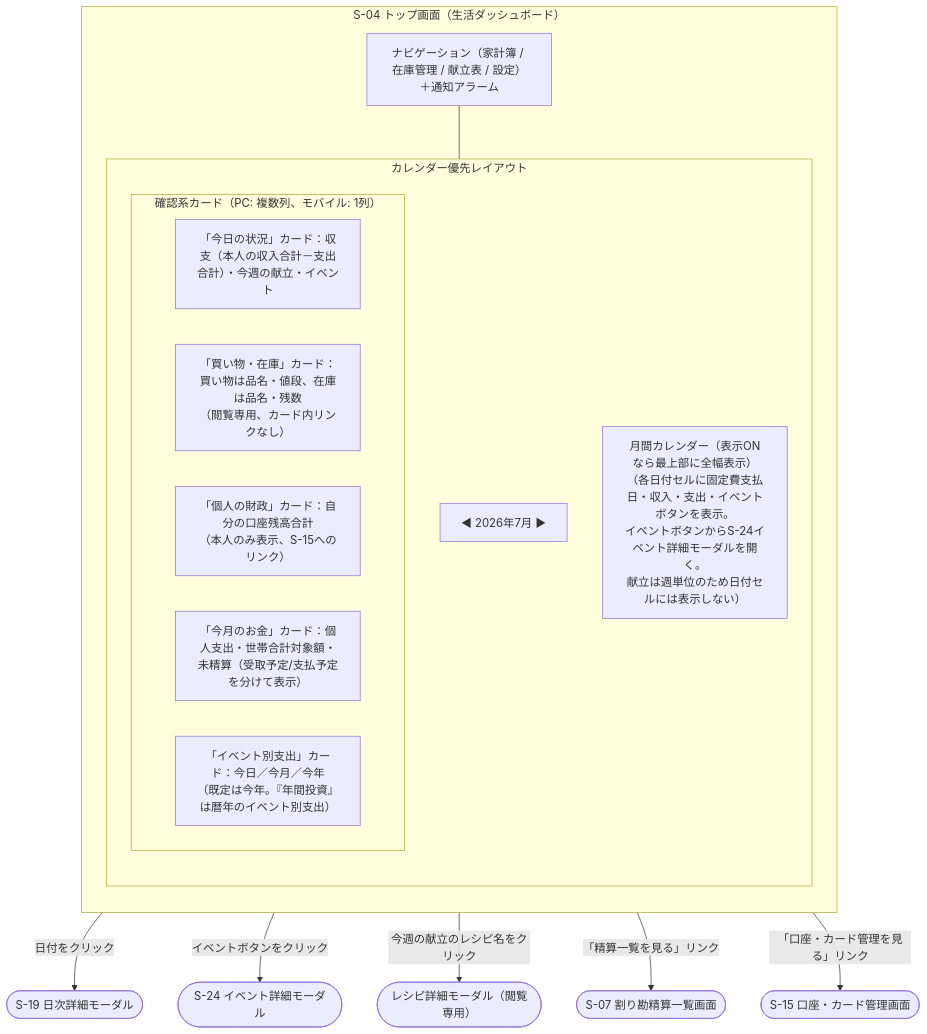
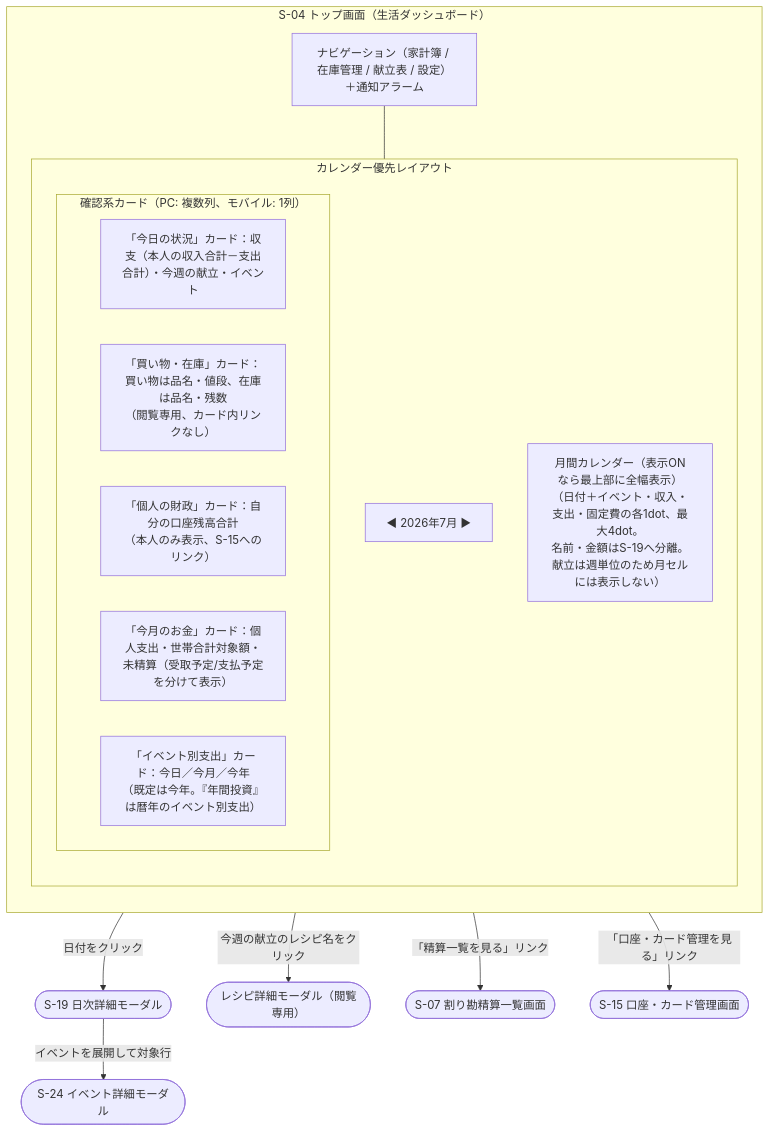
One commit to yamamotonaoki3/HomeLog changed the fourth of 16 diagrams in docs/details/wireframes.md. Above: the diagram before and after it, drawn with Mermaid. The commit also changed other lines of this file and 18 other files, not shown here.

````diff
--- a/docs/details/wireframes.md
+++ b/docs/details/wireframes.md
@@ -187,26 +184,26 @@
 ```mermaid
 flowchart TD
     subgraph Screen["S-04 トップ画面（生活ダッシュボード）"]
         direction TB
         Nav["ナビゲーション（家計簿 / 在庫管理 / 献立表 / 設定）＋通知アラーム"]
         subgraph Layout["カレンダー優先レイアウト"]
             direction TB
             Header["◀ 2026年7月 ▶"]
-            Calendar["月間カレンダー（表示ONなら最上部に全幅表示）\n（各日付セルに固定費支払日・収入・支出・イベントボタンを表示。\nイベントボタンからS-24イベント詳細モーダルを開く。\n献立は週単位のため日付セルには表示しない）"]
+            Calendar["月間カレンダー（表示ONなら最上部に全幅表示）\n（日付＋イベント・収入・支出・固定費の各1dot、最大4dot。\n名前・金額はS-19へ分離。献立は週単位のため月セルには表示しない）"]
             subgraph SummaryCards["確認系カード（PC: 複数列、モバイル: 1列）"]
                 direction LR
                 Today["「今日の状況」カード：収支（本人の収入合計－支出合計）・今週の献立・イベント"]
                 Stock["「買い物・在庫」カード：買い物は品名・値段、在庫は品名・残数\n（閲覧専用、カード内リンクなし）"]
                 Finance["「個人の財政」カード：自分の口座残高合計\n（本人のみ表示、S-15へのリンク）"]
                 Money["「今月のお金」カード：個人支出・世帯合計対象額・\n未精算（受取予定/支払予定を分けて表示）"]
                 EventExpenses["「イベント別支出」カード：今日／今月／今年\n（既定は今年。『年間投資』は暦年のイベント別支出）"]
             end
         end
     end
     Nav --- Layout
     Calendar -- 日付をクリック --> DayModal(["S-19 日次詳細モーダル"])
-    Calendar -- イベントボタンをクリック --> EventModal(["S-24 イベント詳細モーダル"])
+    DayModal -- イベントを展開して対象行 --> EventModal(["S-24 イベント詳細モーダル"])
     Today -- 今週の献立のレシピ名をクリック --> RecipeModal(["レシピ詳細モーダル（閲覧専用）"])
     Money -- 「精算一覧を見る」リンク --> S07(["S-07 割り勘精算一覧画面"])
     Finance -- 「口座・カード管理を見る」リンク --> S15(["S-15 口座・カード管理画面"])
 ```
````
